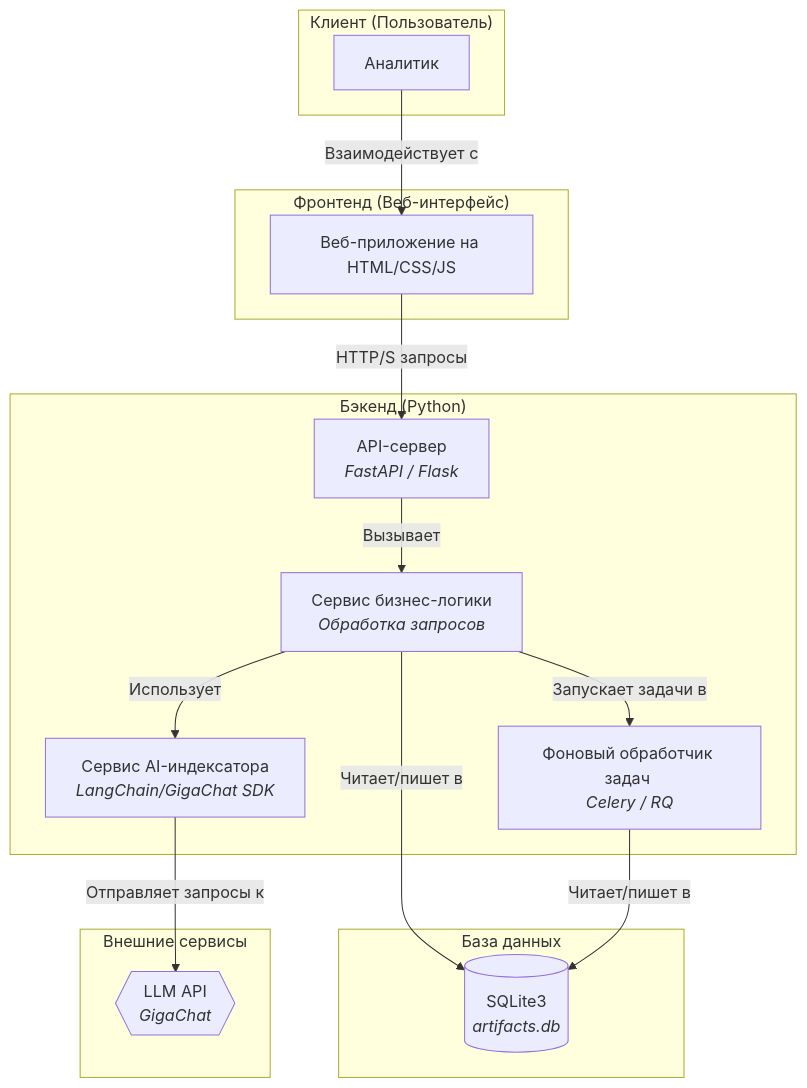
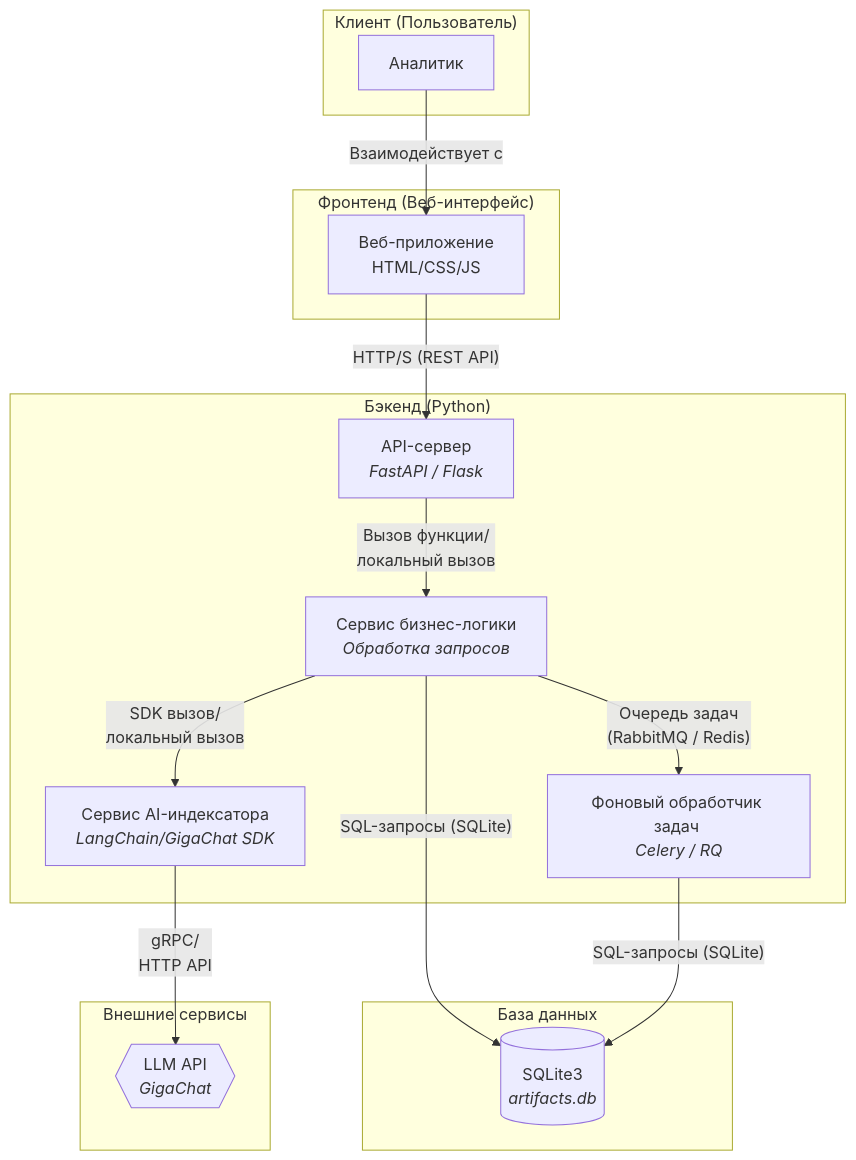
One commit to patolog123/Analyst-3.0 changed the diagram in Айсен_Семёнов/архитектура.md. Above: the diagram before and after it, drawn with Mermaid.

Commit message:
Айсен Семенов фикс архитектура.md

````diff
--- a/Айсен_Семёнов/архитектура.md
+++ b/Айсен_Семёнов/архитектура.md
@@ -1,35 +1,36 @@
 ```mermaid
 graph TD
     subgraph "Клиент (Пользователь)"
         A[Аналитик]
     end
 
     subgraph "Фронтенд (Веб-интерфейс)"
-        B[Веб-приложение на HTML/CSS/JS]
+        B[Веб-приложение <br> HTML/CSS/JS]
     end
 
     subgraph "Бэкенд (Python)"
         C[API-сервер <br><i>FastAPI / Flask</i>]
         D[Сервис бизнес-логики <br><i>Обработка запросов</i>]
         E[Сервис AI-индексатора <br><i>LangChain/GigaChat SDK</i>]
         F[Фоновый обработчик задач <br><i>Celery / RQ</i>]
     end
 
     subgraph "База данных"
         G[(SQLite3 <br><i>artifacts.db</i>)]
     end
     
     subgraph "Внешние сервисы"
         H{{LLM API <br><i>GigaChat</i>}}
     end
 
-    %% Связи между компонентами
+    %% Связи между компонентами с протоколами
     A -- Взаимодействует с --> B
-    B -- HTTP/S запросы --> C
-    C -- Вызывает --> D
-    D -- Использует --> E
-    D -- Запускает задачи в --> F
-    D -- Читает/пишет в --> G
-    F -- Читает/пишет в --> G
-    E -- Отправляет запросы к --> H
+    B -- HTTP/S (REST API) --> C
+    C -- Вызов функции/ <br> локальный вызов --> D
+    D -- SDK вызов/ <br> локальный вызов --> E
+    D -- Очередь задач <br> (RabbitMQ / Redis) --> F
+    D -- SQL-запросы (SQLite) --> G
+    F -- SQL-запросы (SQLite) --> G
+    E -- gRPC/ <br> HTTP API --> H
+
 ```
````
